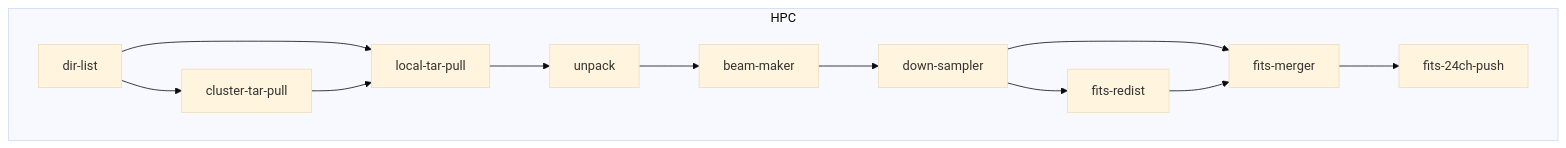
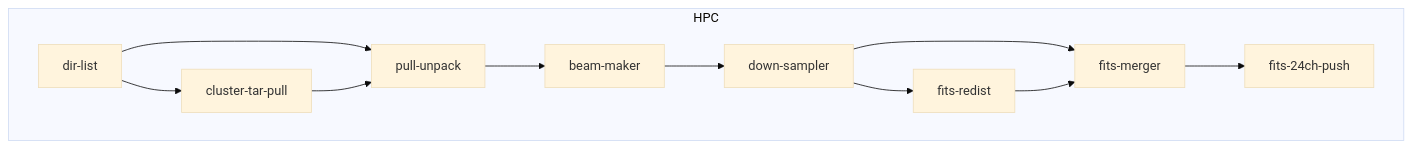
Before and after one commit to kaichao/app-mwa: the fourth of 5 diagrams in README.md, drawn with Mermaid (base theme). The commit also changed other lines of this file and 5 other files, not shown here.

````diff
--- a/README.md
+++ b/README.md
@@ -222,26 +214,16 @@
 ```mermaid
 
 flowchart TD
-  dir-list --> cluster-tar-pull
-  dir-list --> local-tar-pull
-  cluster-tar-pull --> local-tar-pull
-  local-tar-pull --> unpack
-  unpack --> beam-maker
-  beam-maker --> down-sampler
-  down-sampler --> fits-redist
-  down-sampler --> fits-merger
-  fits-redist --> fits-merger
-  fits-merger --> fits-24ch-push
   subgraph HPC
-    dir-list
-    cluster-tar-pull
-    local-tar-pull
-    unpack
-    beam-maker
-    down-sampler
-    fits-redist
-    fits-merger
-    fits-24ch-push
+    dir-list --> cluster-tar-pull
+    dir-list --> pull-unpack
+    cluster-tar-pull --> pull-unpack
+    pull-unpack --> beam-maker
+    beam-maker --> down-sampler
+    down-sampler --> fits-redist
+    down-sampler --> fits-merger
+    fits-redist --> fits-merger
+    fits-merger --> fits-24ch-push
   end
 
 ```
````
